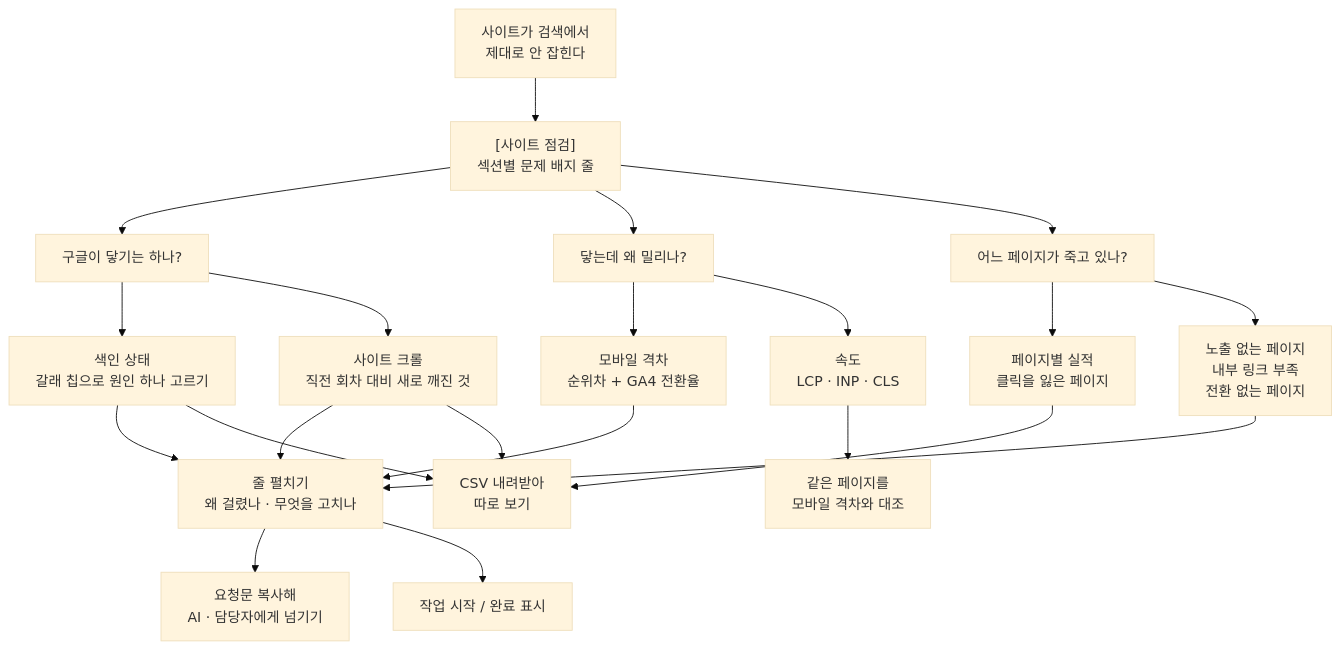
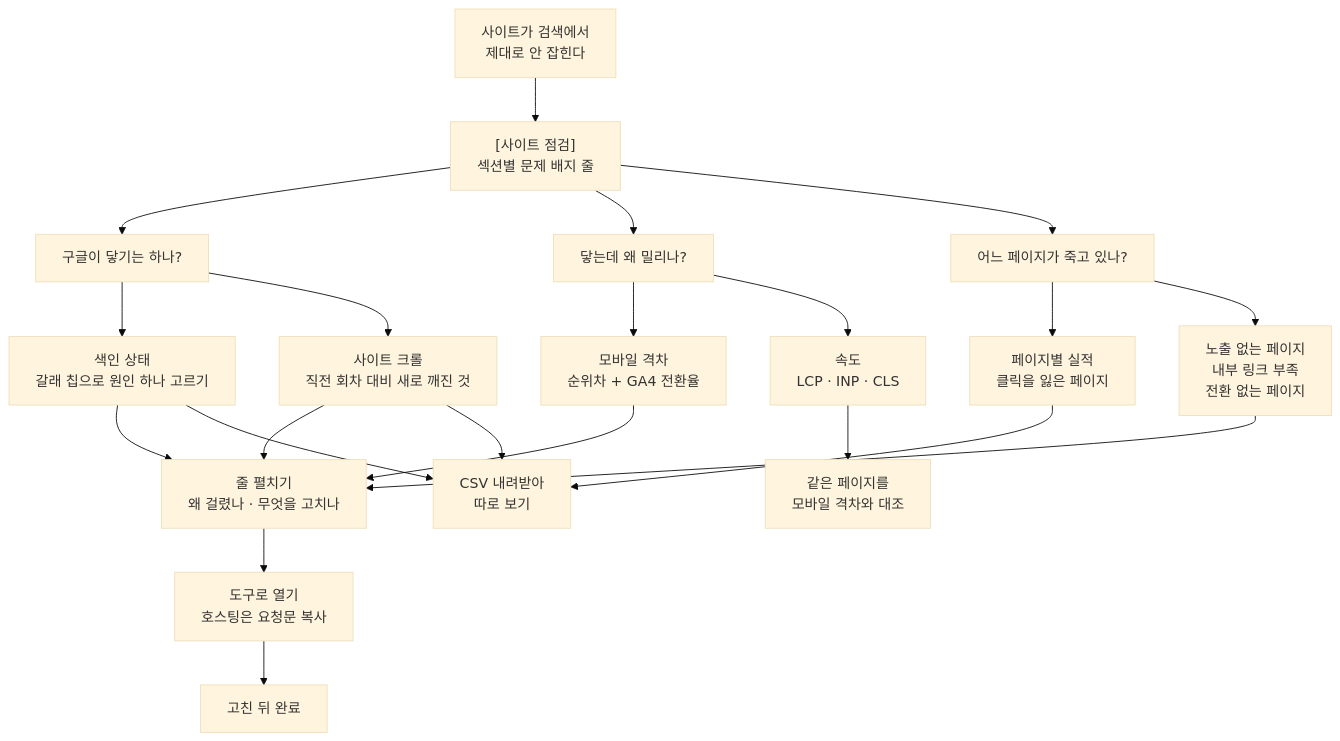
Before and after one commit to seanjr2847/seo-miner: the diagram in docs/screens/site.md, drawn with Mermaid (base theme). The commit also changed other lines of this file and 21 other files, not shown here.

````diff
--- a/docs/screens/site.md
+++ b/docs/screens/site.md
@@ -93,27 +93,27 @@
 ```mermaid
 flowchart TD
     U["사이트가 검색에서<br/>제대로 안 잡힌다"] --> S["[사이트 점검]<br/>섹션별 문제 배지 줄"]
 
     S --> A["구글이 닿기는 하나?"]
     S --> B["닿는데 왜 밀리나?"]
     S --> C["어느 페이지가 죽고 있나?"]
 
     A --> A1["색인 상태<br/>갈래 칩으로 원인 하나 고르기"]
     A --> A2["사이트 크롤<br/>직전 회차 대비 새로 깨진 것"]
     B --> B1["모바일 격차<br/>순위차 + GA4 전환율"]
     B --> B2["속도<br/>LCP · INP · CLS"]
     C --> C1["페이지별 실적<br/>클릭을 잃은 페이지"]
     C --> C2["노출 없는 페이지<br/>내부 링크 부족<br/>전환 없는 페이지"]
 
     A1 --> D["줄 펼치기<br/>왜 걸렸나 · 무엇을 고치나"]
     A2 --> D
     B1 --> D
     C2 --> D
 
-    D --> E["요청문 복사해<br/>AI · 담당자에게 넘기기"]
-    D --> F["작업 시작 / 완료 표시"]
+    D --> E["도구로 열기<br/>호스팅은 요청문 복사"]
+    E --> F["고친 뒤 완료"]
     B2 --> G["같은 페이지를<br/>모바일 격차와 대조"]
     A1 --> H["CSV 내려받아<br/>따로 보기"]
     A2 --> H
     C1 --> H
 ```
````
